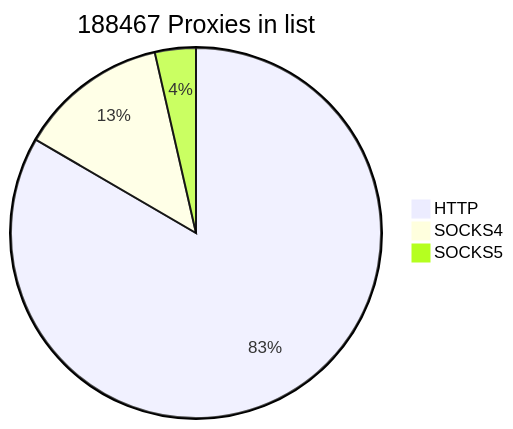
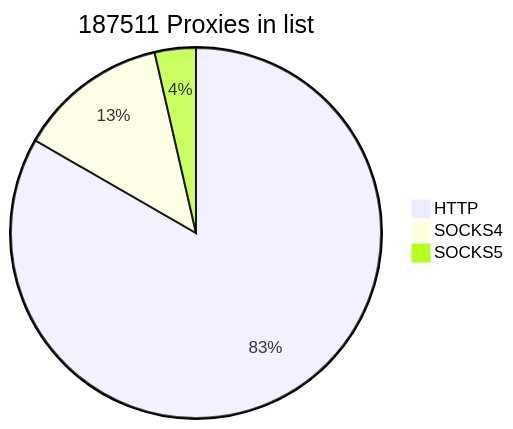
Before and after one commit to cutipu/proxylist: the first of 2 diagrams in README.md, drawn with Mermaid. The commit also changed other lines of this file, not shown here.

````diff
--- a/README.md
+++ b/README.md
@@ -2,7 +2,7 @@
 ```mermaid
-pie title 188467 Proxies in list
-    "HTTP" : 157174
-    "SOCKS4" : 24558
-    "SOCKS5" : 6735
+pie title 187511 Proxies in list
+    "HTTP" : 156221
+    "SOCKS4" : 24554
+    "SOCKS5" : 6736
             
 ```
````
